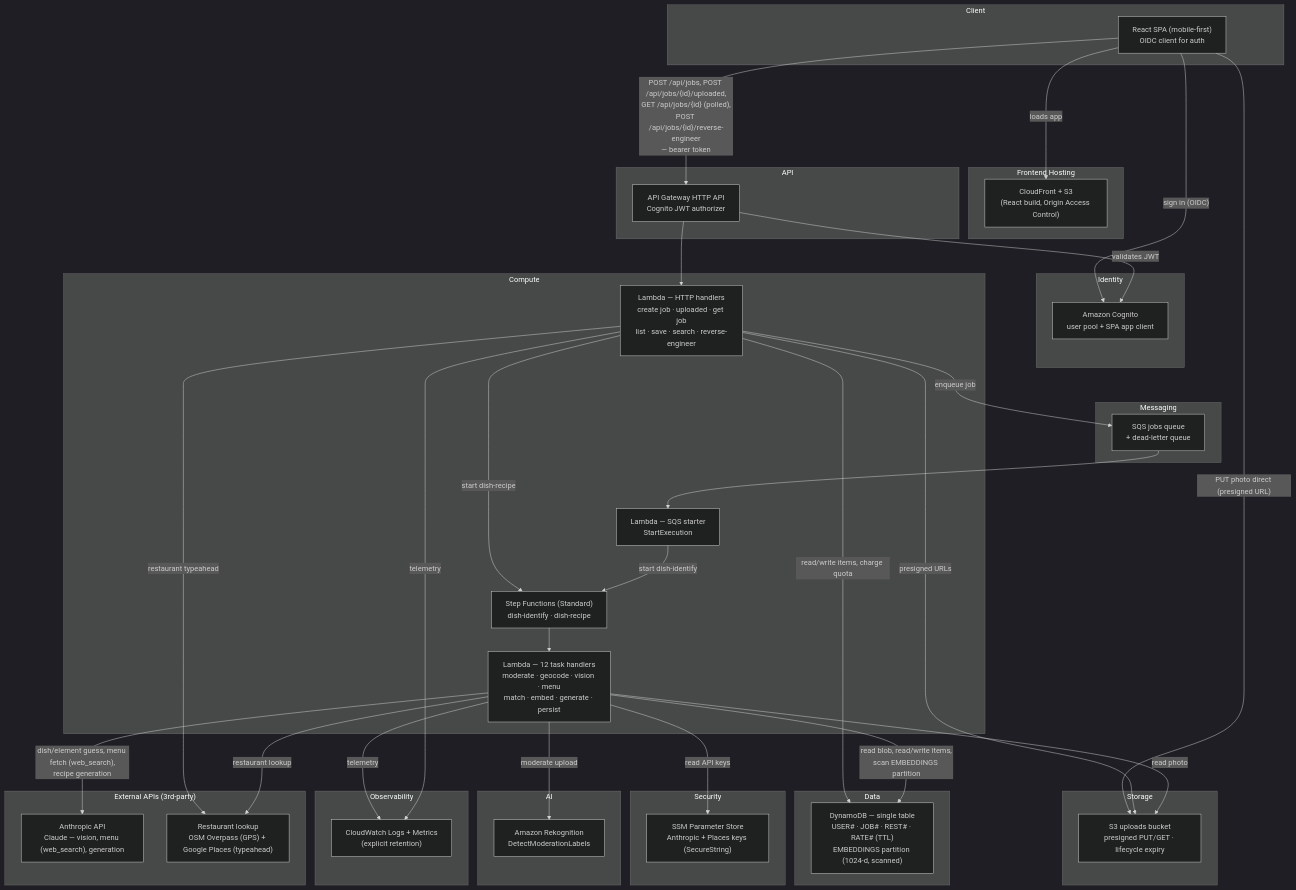
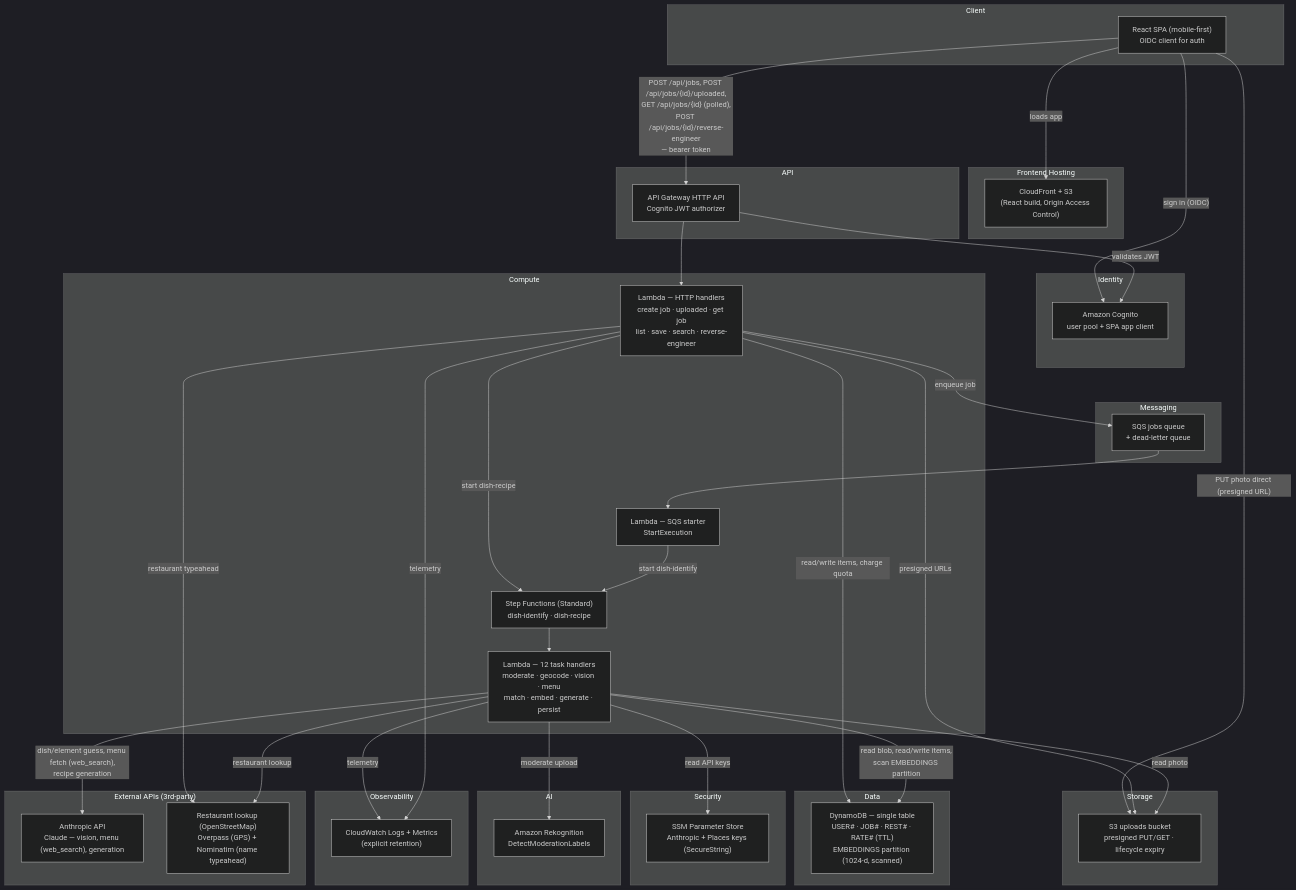
The diagram in docs/architecture.md (joelwood420/Replate), drawn with Mermaid (dark theme) before and after one commit. The commit also changed other lines of this file and 10 other files, not shown here.

First line of the commit message:
Swap restaurant name search to OSM Nominatim; remove Google Places entirely

````diff
--- a/docs/architecture.md
+++ b/docs/architecture.md
@@ -30,80 +30,80 @@
 ```mermaid
 flowchart TB
     subgraph Client["Client"]
         Browser["React SPA (mobile-first)<br/>OIDC client for auth"]
     end
 
     subgraph Identity["Identity"]
         Cognito["Amazon Cognito<br/>user pool + SPA app client"]
     end
 
     subgraph Hosting["Frontend Hosting"]
         CF["CloudFront + S3<br/>(React build, Origin Access Control)"]
     end
 
     subgraph Edge["API"]
         APIGW["API Gateway HTTP API<br/>Cognito JWT authorizer"]
     end
 
     subgraph Compute["Compute"]
         HttpFns["Lambda — HTTP handlers<br/>create job · uploaded · get job<br/>list · save · search · reverse-engineer"]
         Starter["Lambda — SQS starter<br/>StartExecution"]
         SFN["Step Functions (Standard)<br/>dish-identify · dish-recipe"]
         TaskFns["Lambda — 12 task handlers<br/>moderate · geocode · vision · menu<br/>match · embed · generate · persist"]
     end
 
     subgraph Messaging["Messaging"]
         SQS["SQS jobs queue<br/>+ dead-letter queue"]
     end
 
     subgraph Storage["Storage"]
         S3U["S3 uploads bucket<br/>presigned PUT/GET · lifecycle expiry"]
     end
 
     subgraph Data["Data"]
         DDB["DynamoDB — single table<br/>USER# · JOB# · REST# · RATE# (TTL)<br/>EMBEDDINGS partition (1024-d, scanned)"]
     end
 
     subgraph Security["Security"]
         SSM["SSM Parameter Store<br/>Anthropic + Places keys (SecureString)"]
     end
 
     subgraph AI["AI"]
         Rek["Amazon Rekognition<br/>DetectModerationLabels"]
     end
 
     subgraph Observability["Observability"]
         CW["CloudWatch Logs + Metrics<br/>(explicit retention)"]
     end
 
     subgraph External["External APIs (3rd-party)"]
         Anthropic["Anthropic API<br/>Claude — vision, menu (web_search), generation"]
-        Places["Restaurant lookup<br/>OSM Overpass (GPS) + Google Places (typeahead)"]
+        Places["Restaurant lookup (OpenStreetMap)<br/>Overpass (GPS) + Nominatim (name typeahead)"]
     end
 
     Browser -- "sign in (OIDC)" --> Cognito
     Browser -- "loads app" --> CF
     Browser -- "POST /api/jobs, POST /api/jobs/{id}/uploaded,<br/>GET /api/jobs/{id} (polled),<br/>POST /api/jobs/{id}/reverse-engineer<br/>— bearer token" --> APIGW
     Browser -- "PUT photo direct (presigned URL)" --> S3U
 
     APIGW -- "validates JWT" --> Cognito
     APIGW --> HttpFns
     HttpFns -- "presigned URLs" --> S3U
     HttpFns -- "enqueue job" --> SQS
     HttpFns -- "read/write items, charge quota" --> DDB
     HttpFns -- "start dish-recipe" --> SFN
     HttpFns -- "restaurant typeahead" --> Places
 
     SQS --> Starter
     Starter -- "start dish-identify" --> SFN
     SFN --> TaskFns
 
     TaskFns -- "moderate upload" --> Rek
     TaskFns -- "dish/element guess, menu fetch (web_search),<br/>recipe generation" --> Anthropic
     TaskFns -- "restaurant lookup" --> Places
     TaskFns -- "read blob, read/write items,<br/>scan EMBEDDINGS partition" --> DDB
     TaskFns -- "read photo" --> S3U
     TaskFns -- "read API keys" --> SSM
     TaskFns -- "telemetry" --> CW
     HttpFns -- "telemetry" --> CW
 ```
````
